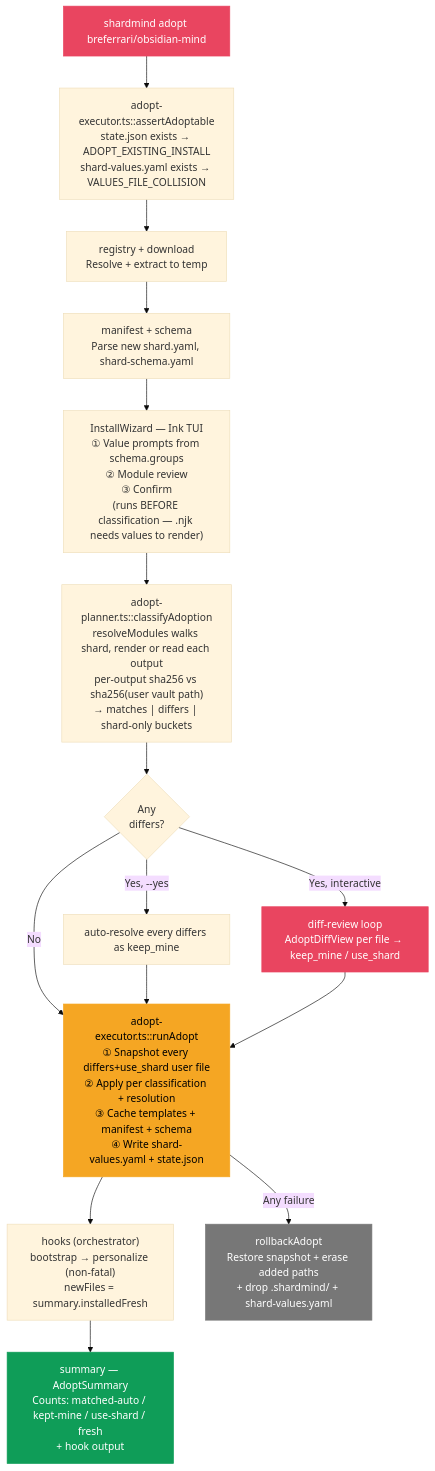
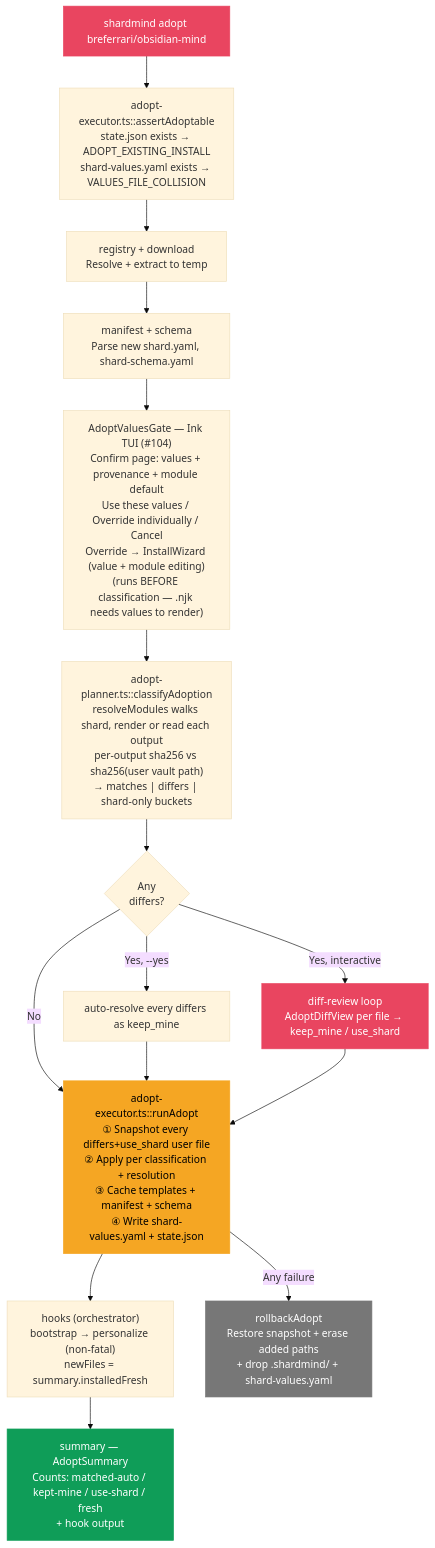
The fourth of 4 diagrams in docs/IMPLEMENTATION.md (breferrari/shardmind), drawn with Mermaid (base theme) before and after one commit. The commit also changed 12 other files, not shown here.

Commit message:
feat(adopt): values confirm-or-override flow (#104) (#130)

````diff
--- a/docs/IMPLEMENTATION.md
+++ b/docs/IMPLEMENTATION.md
@@ -153,33 +153,33 @@
 ```mermaid
 graph TD
     A["shardmind adopt breferrari/obsidian-mind"] --> P1
     P1["adopt-executor.ts::assertAdoptable<br/>state.json exists → ADOPT_EXISTING_INSTALL<br/>shard-values.yaml exists → VALUES_FILE_COLLISION"] --> B
 
     B["registry + download<br/>Resolve + extract to temp"] --> C
     C["manifest + schema<br/>Parse new shard.yaml, shard-schema.yaml"] --> D
 
-    D["InstallWizard — Ink TUI<br/>① Value prompts from schema.groups<br/>② Module review<br/>③ Confirm<br/>(runs BEFORE classification — .njk needs values to render)"] --> E
+    D["AdoptValuesGate — Ink TUI (#104)<br/>Confirm page: values + provenance + module default<br/>Use these values / Override individually / Cancel<br/>Override → InstallWizard (value + module editing)<br/>(runs BEFORE classification — .njk needs values to render)"] --> E
 
     E["adopt-planner.ts::classifyAdoption<br/>resolveModules walks shard, render or read each output<br/>per-output sha256 vs sha256(user vault path)<br/>→ matches | differs | shard-only buckets"] --> F1
 
     F1{Any<br/>differs?}
     F1 -->|Yes, --yes| F2["auto-resolve every differs as keep_mine"]
     F1 -->|Yes, interactive| F3["diff-review loop<br/>AdoptDiffView per file → keep_mine / use_shard"]
     F1 -->|No| G
 
     F2 --> G
     F3 --> G
 
     G["adopt-executor.ts::runAdopt<br/>① Snapshot every differs+use_shard user file<br/>② Apply per classification + resolution<br/>③ Cache templates + manifest + schema<br/>④ Write shard-values.yaml + state.json"] --> H
 
     H["hooks (orchestrator)<br/>bootstrap → personalize (non-fatal)<br/>newFiles = summary.installedFresh"] --> I
     I["summary — AdoptSummary<br/>Counts: matched-auto / kept-mine / use-shard / fresh<br/>+ hook output"]
 
     G -->|Any failure| R["rollbackAdopt<br/>Restore snapshot + erase added paths<br/>+ drop .shardmind/ + shard-values.yaml"]
 
     style A fill:#e94560,stroke:#e94560,color:#fff
     style F3 fill:#e94560,stroke:#e94560,color:#fff
     style G fill:#f5a623,stroke:#f5a623,color:#000
     style I fill:#0f9d58,stroke:#0f9d58,color:#fff
     style R fill:#777,stroke:#777,color:#fff
 ```
````
